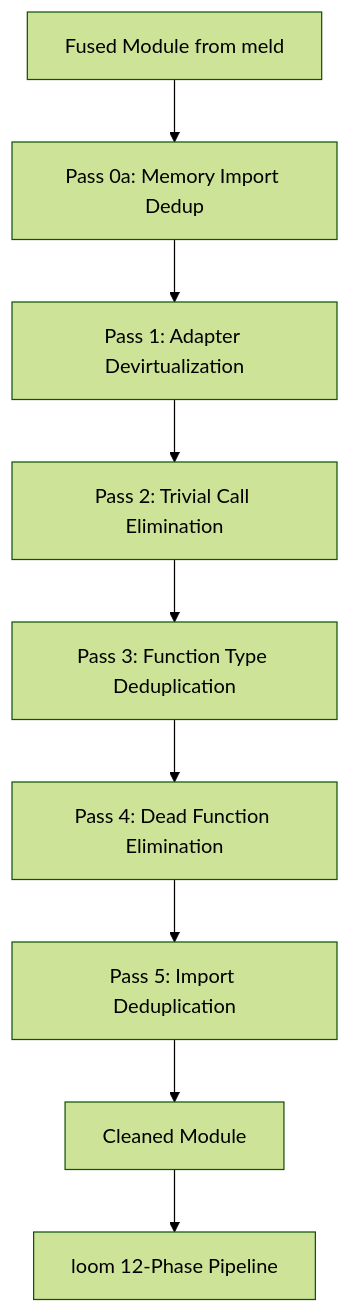
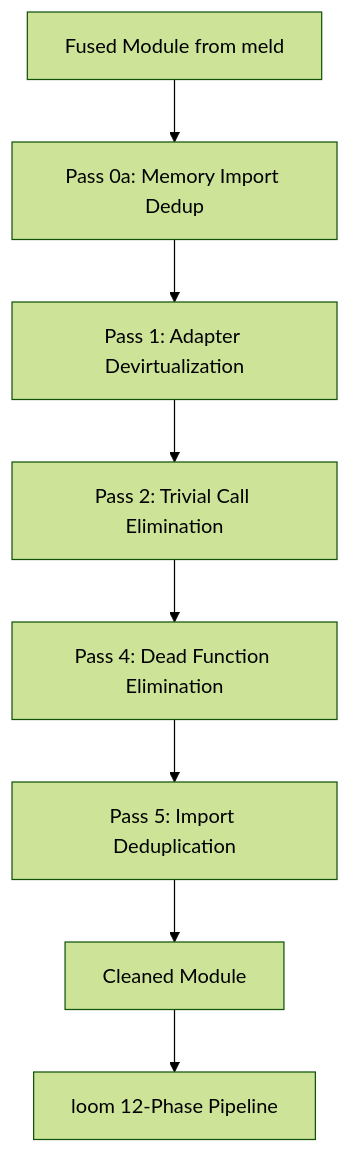
Before and after one commit to pulseengine/loom: the fifth of 8 diagrams in docs/design/fused-component-optimization.md, drawn with Mermaid (forest theme). The commit also changed other lines of this file and 5 other files, not shown here.

````diff
--- a/docs/design/fused-component-optimization.md
+++ b/docs/design/fused-component-optimization.md
@@ -126,11 +126,10 @@
 ```mermaid
 flowchart TD
     Input[Fused Module from meld] --> P0a
     P0a["Pass 0a: Memory Import Dedup"] --> P1
     P1["Pass 1: Adapter Devirtualization"] --> P2
-    P2["Pass 2: Trivial Call Elimination"] --> P3
-    P3["Pass 3: Function Type Deduplication"] --> P4
+    P2["Pass 2: Trivial Call Elimination"] --> P4
     P4["Pass 4: Dead Function Elimination"] --> P5
     P5["Pass 5: Import Deduplication"] --> Output
     Output[Cleaned Module] --> Standard["loom 12-Phase Pipeline"]
 ```
````
